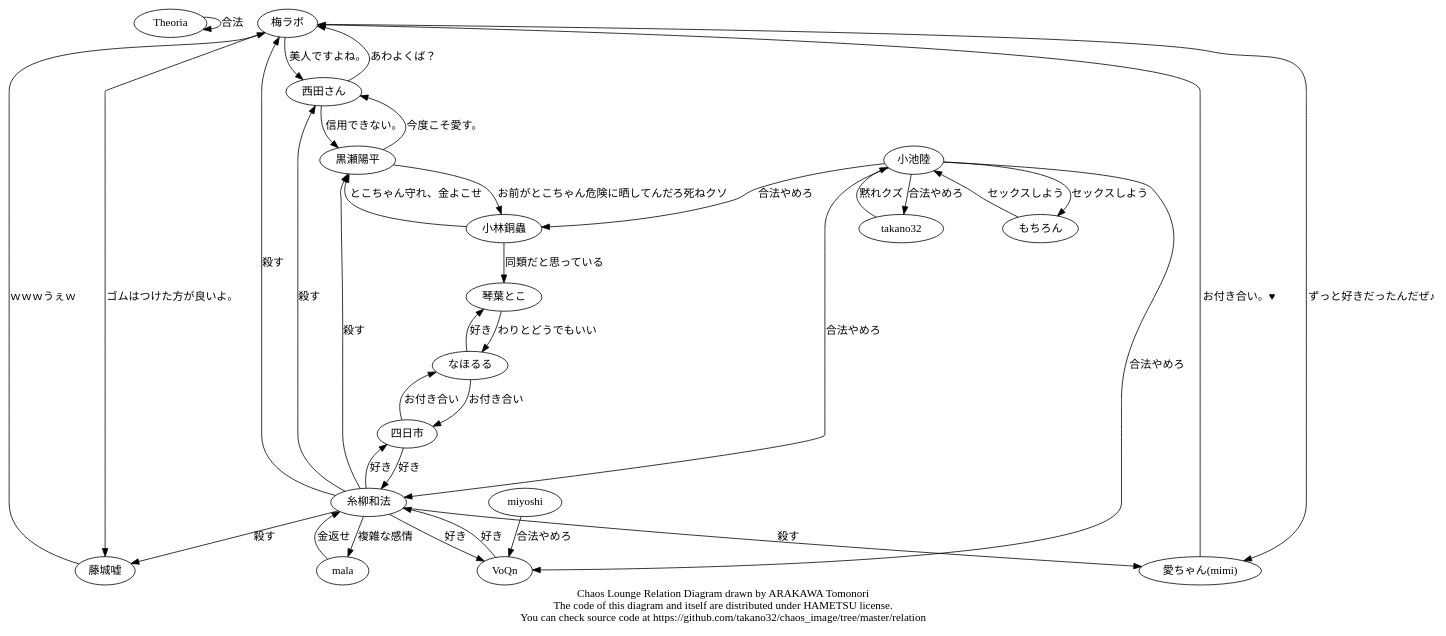
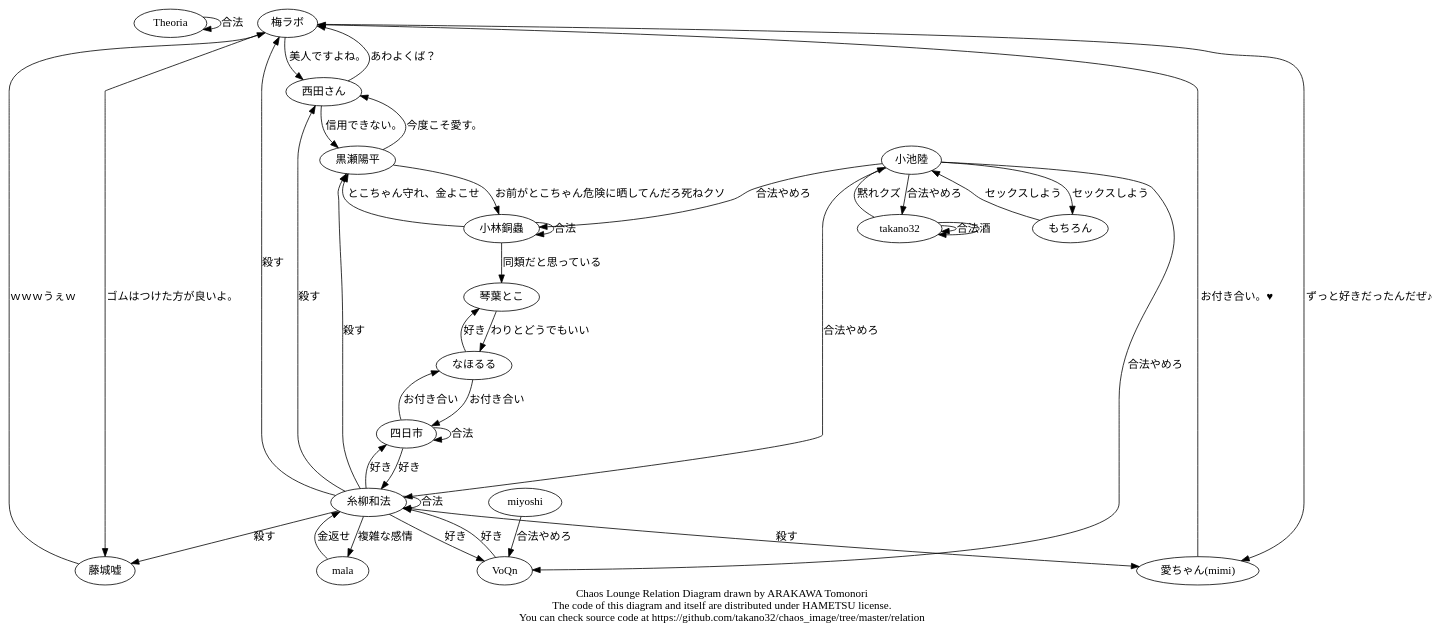
The diagram in chaos.dot (takano32/DynamicRelationGraph), drawn with Graphviz before and after one commit.

Commit message:
add gouhou info

```diff
--- a/chaos.dot
+++ b/chaos.dot
@@ -1,43 +1,48 @@
 digraph Chaos {
   Theoria   -> Theoria  [label = "合法"];
   梅ラボ    -> 藤城嘘   [label = "ゴムはつけた方が良いよ。"];
   梅ラボ    -> 西田さん [label = "美人ですよね。"];
   梅ラボ -> "愛ちゃん(mimi)" [label = "ずっと好きだったんだぜ♪"];
   藤城嘘   -> 梅ラボ   [label = "ｗｗｗうぇｗ"];
   西田さん -> 梅ラボ   [label = "あわよくば？"];
   西田さん -> 黒瀬陽平 [label = "信用できない。"];
   黒瀬陽平 -> 西田さん [label = "今度こそ愛す。"];
   黒瀬陽平 -> 小林銅蟲 [label = "お前がとこちゃん危険に晒してんだろ死ねクソ"];
   "愛ちゃん(mimi)" -> 梅ラボ [label = "お付き合い。♥"];
   糸柳和法 -> 梅ラボ  [label = "殺す"];
   糸柳和法 -> 藤城嘘   [label = "殺す"];
   糸柳和法 -> 黒瀬陽平 [label = "殺す"];
   糸柳和法 -> 西田さん [label = "殺す"];
   糸柳和法 -> "愛ちゃん(mimi)" [label = "殺す"];
   糸柳和法 -> 四日市 [label = "好き"];
   糸柳和法 -> VoQn [label = "好き"];
   糸柳和法 -> mala [label = "複雑な感情"];
+  糸柳和法 -> 糸柳和法 [label = "合法"];
   mala -> 糸柳和法 [label = "金返せ"];
   小池陸 -> 糸柳和法 [label = "合法やめろ"];
   小池陸 -> takano32 [label = "合法やめろ"];
   小池陸 -> 小林銅蟲 [label = "合法やめろ"];
   小池陸 -> VoQn [label = "合法やめろ"];
   小池陸 -> もちろん [label = "セックスしよう"];
   もちろん -> 小池陸 [label = "セックスしよう"];
   miyoshi -> VoQn [label = "合法やめろ"];
   小林銅蟲 -> 黒瀬陽平 [label = "とこちゃん守れ、金よこせ"];
   小林銅蟲 -> 琴葉とこ [label = "同類だと思っている"];
+  小林銅蟲 -> 小林銅蟲 [label = "合法"];
   takano32 -> 小池陸 [label = "黙れクズ"];
+  takano32 -> takano32 [label = "合法"];
+  takano32 -> takano32 [label = "酒"];
   なほるる -> 琴葉とこ [label = "好き"];
   なほるる -> 四日市 [label = "お付き合い"];
   琴葉とこ -> なほるる [label = "わりとどうでもいい"];
   四日市 -> なほるる [label = "お付き合い"];
   四日市 -> 糸柳和法 [label = "好き"];
+  四日市 -> 四日市 [label = "合法"];
   VoQn -> 糸柳和法 [label = "好き"];
   subgraph cluster_hoge {
     style = filled;
     color = lightgrey;
     // see also http://graphviz.org/content/cluster
   }
   label = "Chaos Lounge Relation Diagram drawn by ARAKAWA Tomonori\nThe code of this diagram and itself are distributed under HAMETSU license.\nYou can check source code at https://github.com/takano32/chaos_image/tree/master/relation";
 }
```
